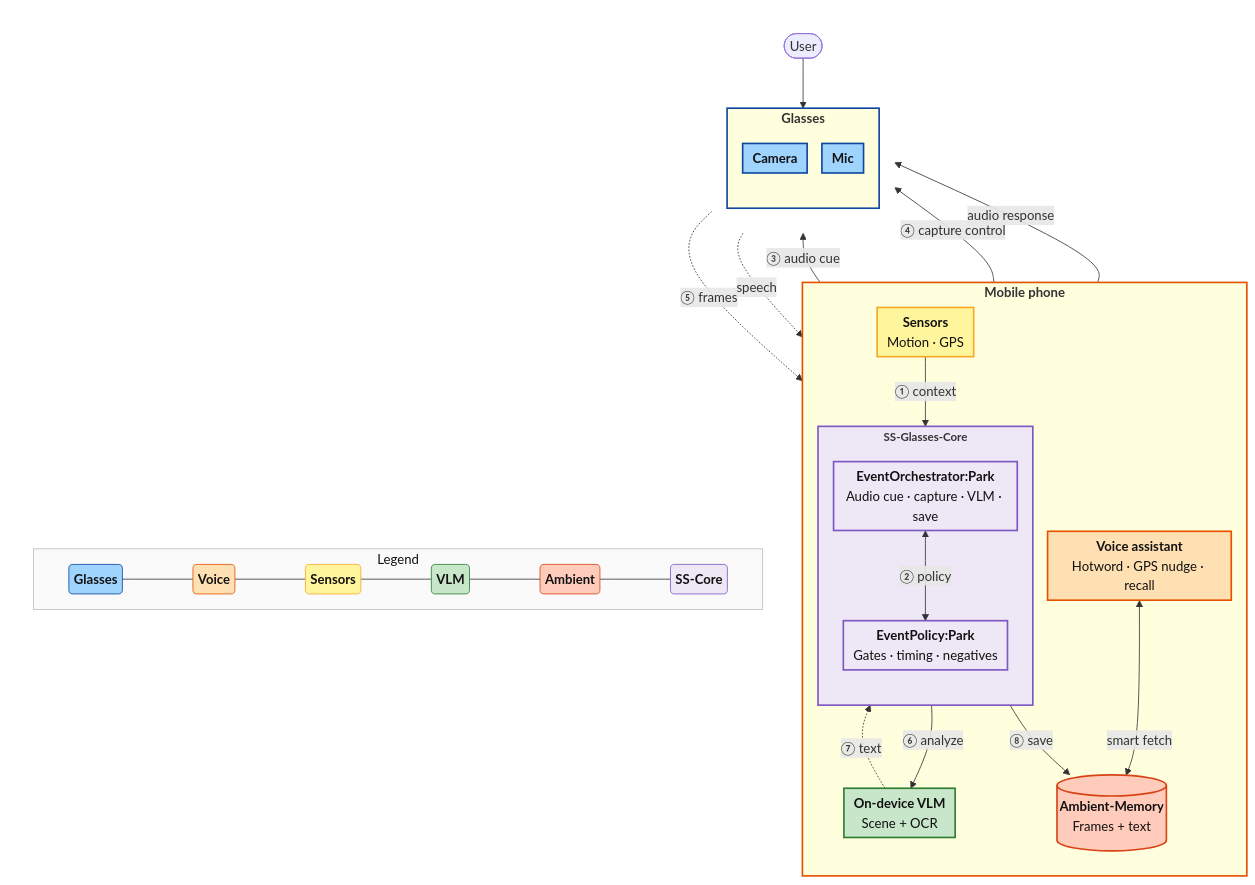
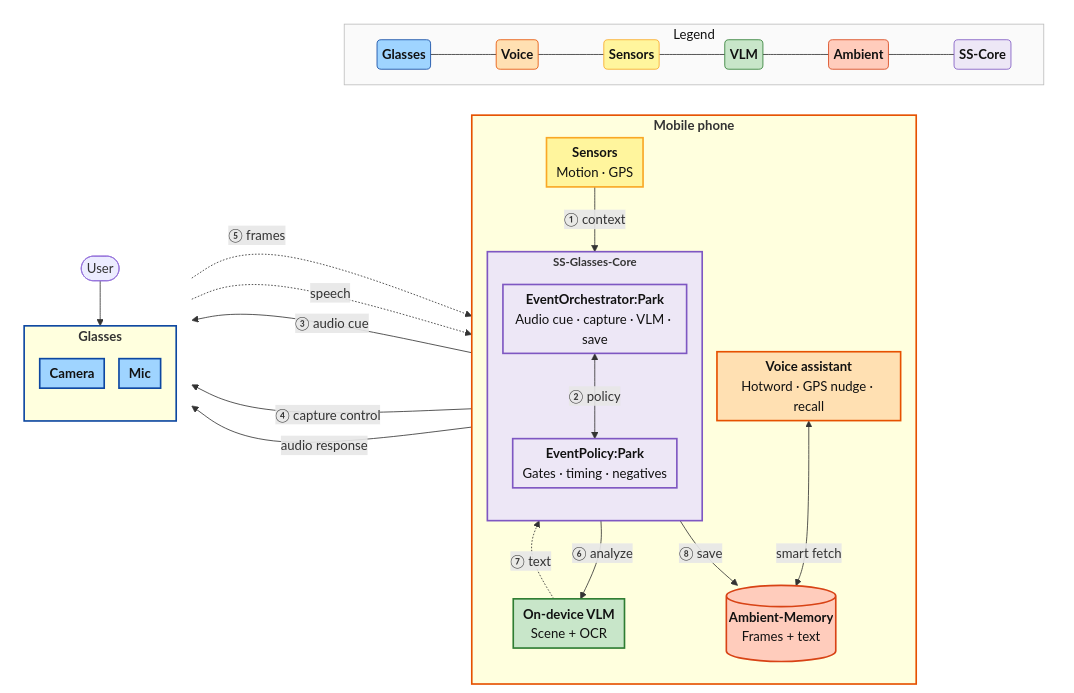
The diagram in tmp/idea2_mark_car_parking_spot_architecture.mermaid (penkesiva/wer-26), drawn with Mermaid before and after one commit. The commit also changed 1 other file, not shown here.

Commit message:
docs(idea2): restore LR layout Mobile left Glasses right with content fixes

```diff
--- a/tmp/idea2_mark_car_parking_spot_architecture.mermaid
+++ b/tmp/idea2_mark_car_parking_spot_architecture.mermaid
@@ -1,96 +1,99 @@
-%%{init: {'flowchart': {'htmlLabels': true, 'padding': 6, 'nodeSpacing': 18, 'rankSpacing': 36}}}%%
+---
+config:
+  flowchart:
+    htmlLabels: true
+    padding: 6
+    nodeSpacing: 18
+    rankSpacing: 30
+---
 %% Idea 2 — Mark Car Parking Spot · mermaid.live
-%% flowchart TB: Mobile (top) → Glasses (bottom) → Legend
-%% Reverse edges Glasses→Mobile are dashed to keep TB rank intact
-%% <b>…</b> = bold title inside a box
+%% flowchart LR: Mobile (left) | Glasses (right) | Legend (bottom)
+%% Reverse edges Glasses→Mobile are dashed (back-edges in LR stay stable)
 
-flowchart TB
-    subgraph Mobile["<b><span style='font-size:16px'>Mobile phone</span></b>"]
-        direction TB
-        VA["<b>Voice assistant</b><br/>Hotword · GPS nudge · recall"]
-        Sens["<b>Sensors</b><br/>Motion · GPS"]
-        subgraph SSGC["<b><span style='font-size:14px'>SS-Glasses-Core</span></b>"]
-            direction TB
-            PolicyCP["<b>EventPolicy:Park</b><br/>Gates · timing · negatives"]
-            OrchCP["<b>EventOrchestrator:Park</b><br/>Audio cue · capture · VLM · save"]
-        end
-        VLM["<b>On-device VLM</b><br/>Scene + OCR"]
-        AMEM[("<b>Ambient-Memory</b><br/>Frames + text")]
-    end
-
-    subgraph GCol[" "]
-        direction TB
-        User([User])
-        subgraph Glasses["<b><span style='font-size:16px'>Glasses</span></b>"]
-            direction TB
-            Cam["<b>Camera</b>"]
-            Mic["<b>Mic</b>"]
-        end
-    end
-
-    subgraph BottomDeck[" "]
-        direction RL
-        subgraph LegendRow["Legend"]
-            direction LR
-            LgG("<b>Glasses</b>")
-            LgM("<b>Voice</b>")
-            LgSen("<b>Sensors</b>")
-            LgL("<b>VLM</b>")
-            LgA("<b>Ambient</b>")
-            LgS("<b>SS-Core</b>")
-            LgG --- LgM --- LgSen --- LgL --- LgA --- LgS
-        end
-    end
-
+flowchart LR
+ subgraph SSGC["<b><span style=font-size:14px>SS-Glasses-Core</span></b>"]
+    direction TB
+        PolicyCP["<b>EventPolicy:Park</b><br>Gates · timing · negatives"]
+        OrchCP["<b>EventOrchestrator:Park</b><br>Audio cue · capture · VLM · save"]
+  end
+ subgraph Mobile["<b><span style=font-size:16px>Mobile phone</span></b>"]
+    direction TB
+        VA["<b>Voice assistant</b><br>Hotword · GPS nudge · recall"]
+        Sens["<b>Sensors</b><br>Motion · GPS"]
+        SSGC
+        VLM["<b>On-device VLM</b><br>Scene + OCR"]
+        AMEM[("<b>Ambient-Memory</b><br>Frames + text")]
+  end
+ subgraph Glasses["<b><span style=font-size:16px>Glasses</span></b>"]
+    direction TB
+        Cam["<b>Camera</b>"]
+        Mic["<b>Mic</b>"]
+  end
+ subgraph GCol[" "]
+    direction TB
+        User(["User"])
+        Glasses
+  end
+ subgraph LegendRow["Legend"]
+    direction LR
+        LgG("<b>Glasses</b>")
+        LgM("<b>Voice</b>")
+        LgSen("<b>Sensors</b>")
+        LgL("<b>VLM</b>")
+        LgA("<b>Ambient</b>")
+        LgS("<b>SS-Core</b>")
+  end
+ subgraph BottomDeck[" "]
+    direction RL
+        LegendRow
+  end
+    LgG --- LgM --- LgSen --- LgL --- LgA --- LgS
     Mobile ~~~ GCol
     GCol ~~~ BottomDeck
+    Sens -- ① context --> OrchCP
+    OrchCP <-- ② policy --> PolicyCP
+    OrchCP -- ③ audio cue --> Mic
+    OrchCP -- ④ capture control --> Cam
+    Cam -. ⑤ frames .-> OrchCP
+    OrchCP -- ⑥ analyze --> VLM
+    VLM -. ⑦ text .-> OrchCP
+    OrchCP -- ⑧ save --> AMEM
+    User --> Mic
+    Mic -. speech .-> VA
+    VA -- audio response --> Mic
+    VA <-- smart fetch --> AMEM
 
-    Sens -->|"① context"| OrchCP
-    OrchCP <-->|"② policy"| PolicyCP
-    OrchCP -->|"③ audio cue"| Mic
-    OrchCP -->|"④ capture control"| Cam
-    Cam -.->|"⑤ frames"| OrchCP
-    OrchCP -->|"⑥ analyze"| VLM
-    VLM -.->|"⑦ text"| OrchCP
-    OrchCP -->|"⑧ save"| AMEM
-
-    User --> Mic
-    Mic -.->|speech| VA
-    VA -->|audio response| Mic
-    VA <-->|smart fetch| AMEM
-
+     PolicyCP:::ssCoreLight
+     OrchCP:::ssCoreLight
+     VA:::mobile
+     Sens:::sensors
+     VLM:::onDeviceVlm
+     AMEM:::ambientMem
+     Cam:::glasses
+     Mic:::glasses
+     LgG:::legendGlasses
+     LgM:::legendMobile
+     LgSen:::legendSensors
+     LgL:::legendVlm
+     LgA:::legendAmbient
+     LgS:::legendSS
+     GCol:::colHidden
     classDef glasses fill:#9fd4ff,stroke:#0d47a1,color:#111,stroke-width:2px
     classDef mobile fill:#ffe0b2,stroke:#e65100,color:#111,stroke-width:2px
     classDef sensors fill:#fff59d,stroke:#f9a825,color:#111,stroke-width:2px
     classDef onDeviceVlm fill:#c8e6c9,stroke:#2e7d32,color:#111,stroke-width:2px
     classDef ambientMem fill:#ffccbc,stroke:#d84315,color:#111,stroke-width:2px
     classDef ssCoreLight fill:#ede7f6,stroke:#7e57c2,color:#111,stroke-width:2px
     classDef legendGlasses fill:#9fd4ff,stroke:#0d47a1,color:#111
     classDef legendMobile fill:#ffe0b2,stroke:#e65100,color:#111
     classDef legendSensors fill:#fff59d,stroke:#f9a825,color:#111
     classDef legendVlm fill:#c8e6c9,stroke:#2e7d32,color:#111
     classDef legendAmbient fill:#ffccbc,stroke:#d84315,color:#111
     classDef legendSS fill:#ede7f6,stroke:#7e57c2,color:#111
     classDef colHidden fill:none,stroke:none,color:#111
-
     style SSGC fill:#ede7f6,stroke:#7e57c2,stroke-width:2px
+    style Glasses stroke:#0d47a1,stroke-width:2px
+    style LegendRow fill:#fafafa,stroke:#bdbdbd,color:#111,stroke-width:1px
+    style Mobile stroke:#e65100,stroke-width:2px
     style GCol fill:none,stroke:none
-    style Glasses stroke:#0d47a1,stroke-width:2px
-    style Mobile stroke:#e65100,stroke-width:2px
     style BottomDeck fill:none,stroke:none
-    style LegendRow fill:#fafafa,stroke:#bdbdbd,color:#111,stroke-width:1px
-
-    class Cam,Mic glasses
-    class Sens sensors
-    class VA mobile
-    class VLM onDeviceVlm
-    class AMEM ambientMem
-    class PolicyCP,OrchCP ssCoreLight
-    class GCol colHidden
-
-    class LgG legendGlasses
-    class LgM legendMobile
-    class LgSen legendSensors
-    class LgL legendVlm
-    class LgA legendAmbient
-    class LgS legendSS
```
